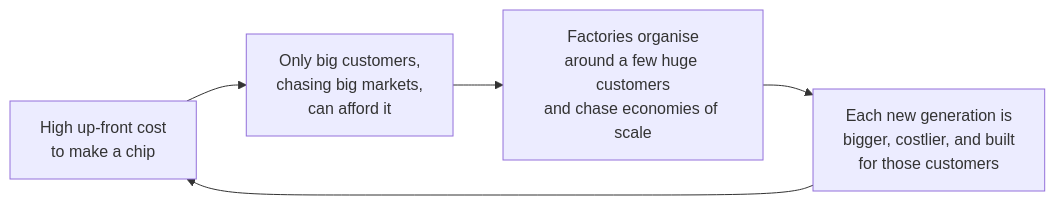
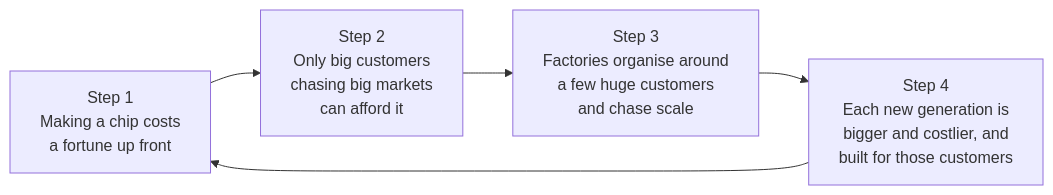
Before and after one commit to mithro/foundry.api: the diagram in WHY.md, drawn with Mermaid. The commit also changed other lines of this file, not shown here.

````diff
--- a/WHY.md
+++ b/WHY.md
@@ -44,7 +44,7 @@
 ```mermaid
 flowchart LR
-    A["High up-front cost<br/>to make a chip"] --> B["Only big customers,<br/>chasing big markets,<br/>can afford it"]
-    B --> C["Factories organise<br/>around a few huge customers<br/>and chase economies of scale"]
-    C --> D["Each new generation is<br/>bigger, costlier, and built<br/>for those customers"]
+    A["Step 1<br/>Making a chip costs<br/>a fortune up front"] --> B["Step 2<br/>Only big customers<br/>chasing big markets<br/>can afford it"]
+    B --> C["Step 3<br/>Factories organise around<br/>a few huge customers<br/>and chase scale"]
+    C --> D["Step 4<br/>Each new generation is<br/>bigger and costlier, and<br/>built for those customers"]
     D --> A
 ```
````
